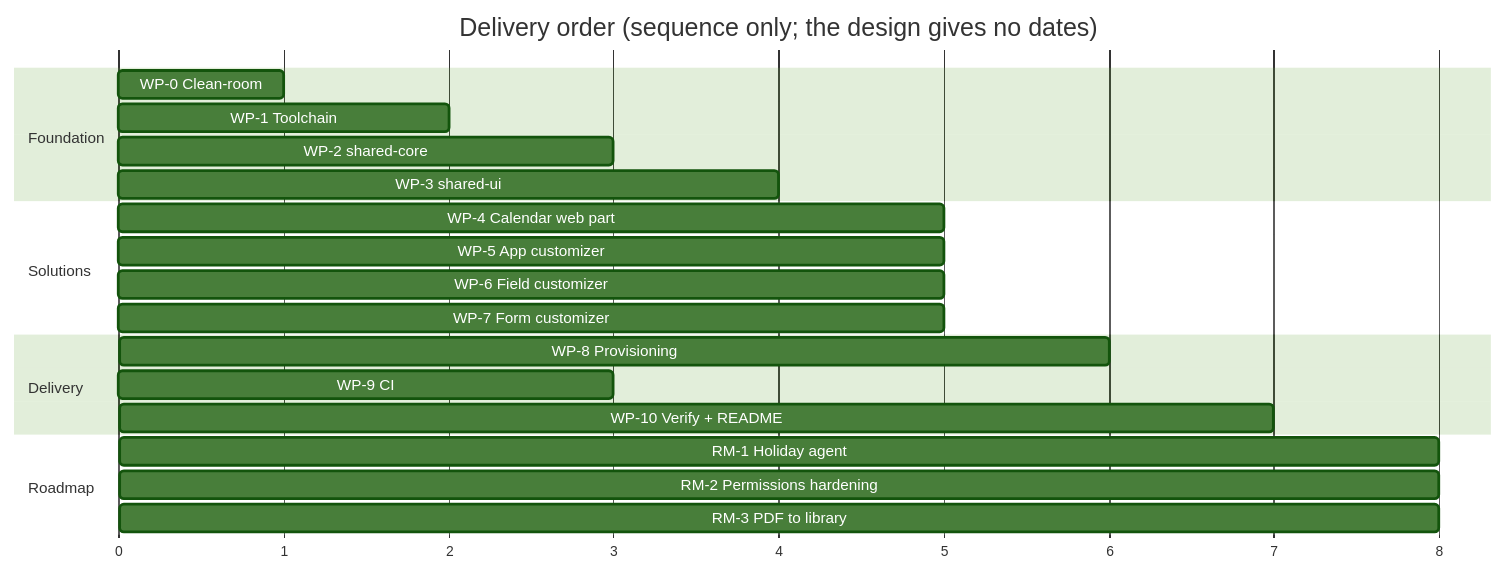
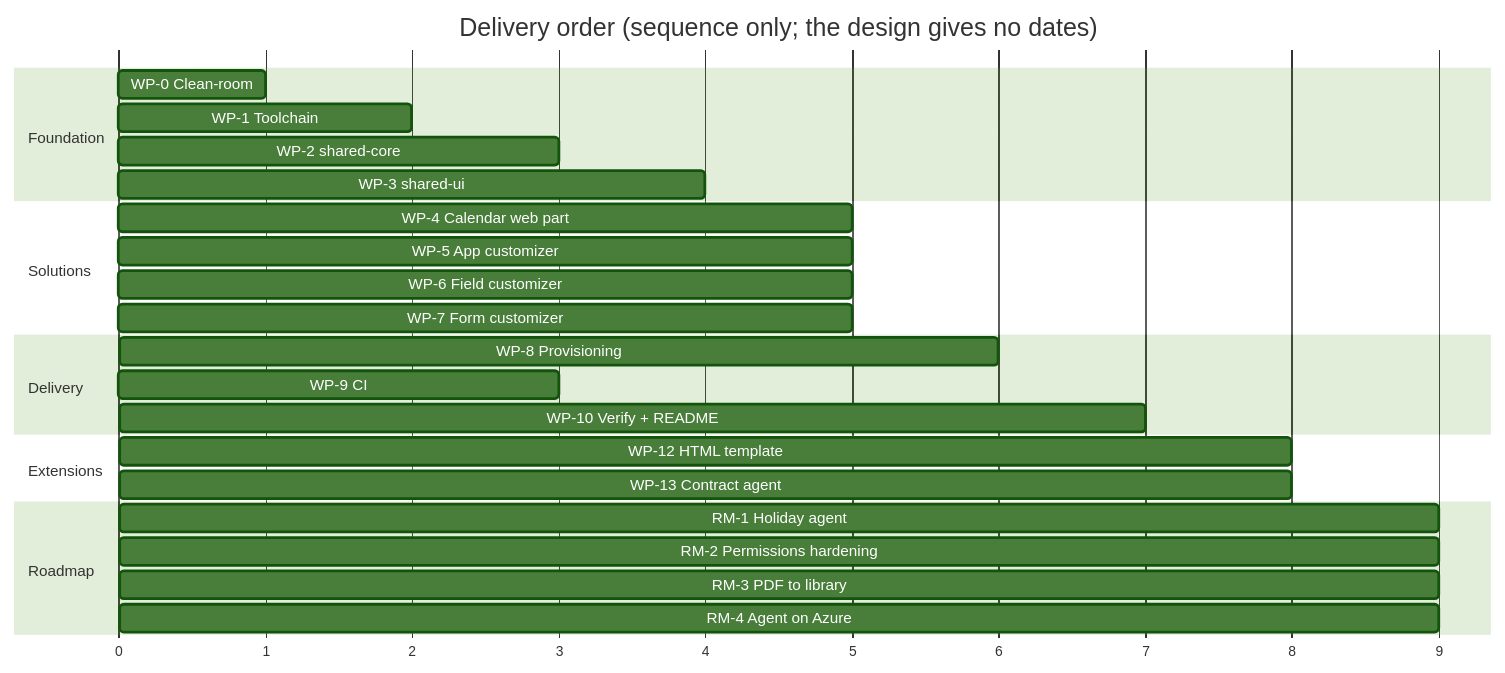
Before and after one commit to Sartor87/orpheus-systems-sharepoint: the diagram in architecture/06-phase-e-opportunities-and-solutions.md, drawn with Mermaid (forest theme). The commit also changed other lines of this file and 7 other files, not shown here.

First line of the commit message:
docs(architecture): phase documents cover the HTML template and the agent

````diff
--- a/architecture/06-phase-e-opportunities-and-solutions.md
+++ b/architecture/06-phase-e-opportunities-and-solutions.md
@@ -54,24 +69,28 @@
 ```mermaid
 gantt
   title Delivery order (sequence only; the design gives no dates)
   dateFormat X
   axisFormat %s
   section Foundation
   WP-0 Clean-room            :0, 1
   WP-1 Toolchain             :1, 2
   WP-2 shared-core           :2, 3
   WP-3 shared-ui             :3, 4
   section Solutions
   WP-4 Calendar web part     :4, 5
   WP-5 App customizer        :4, 5
   WP-6 Field customizer      :4, 5
   WP-7 Form customizer       :4, 5
   section Delivery
   WP-8 Provisioning          :5, 6
   WP-9 CI                    :2, 3
   WP-10 Verify + README      :6, 7
+  section Extensions
+  WP-12 HTML template        :7, 8
+  WP-13 Contract agent       :7, 8
   section Roadmap
-  RM-1 Holiday agent         :7, 8
-  RM-2 Permissions hardening :7, 8
-  RM-3 PDF to library        :7, 8
+  RM-1 Holiday agent         :8, 9
+  RM-2 Permissions hardening :8, 9
+  RM-3 PDF to library        :8, 9
+  RM-4 Agent on Azure        :8, 9
 ```
````
